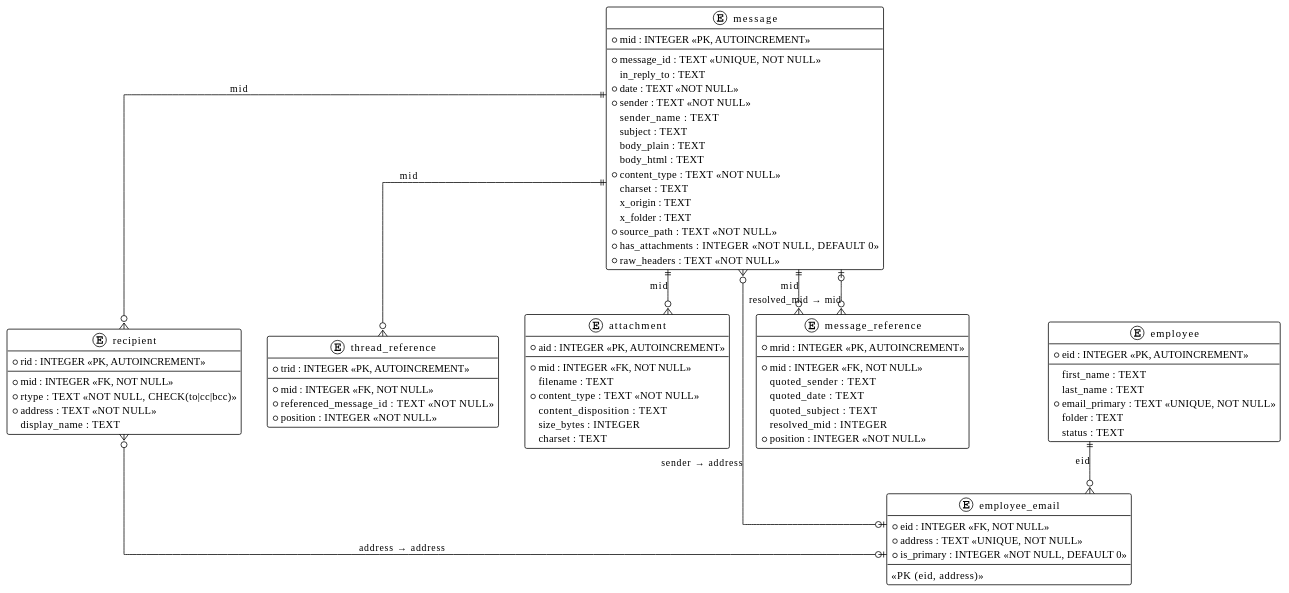
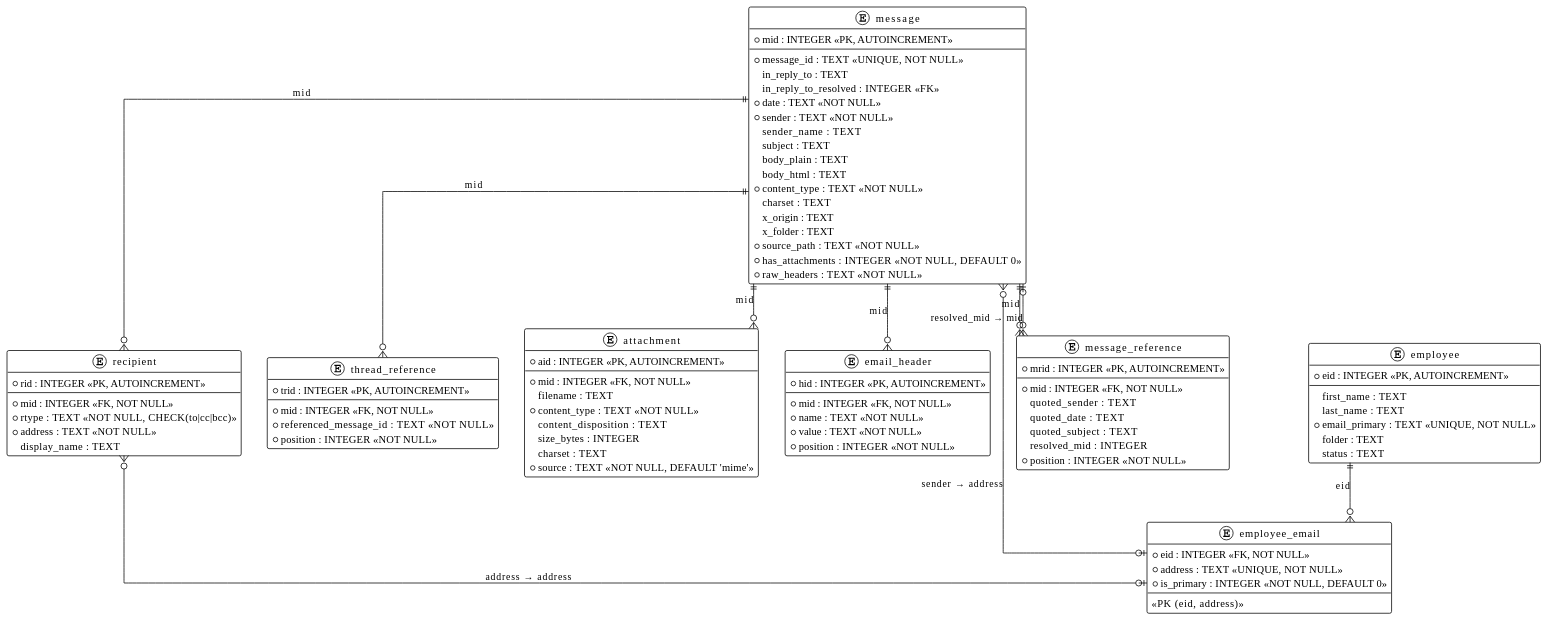
One commit to blipk/emails-fts changed the diagram in planning/3-data-import-schema.md. Above: the diagram before and after it, drawn with PlantUML. The commit also changed other lines of this file and 1 other file, not shown here.

Commit message:
Update planning docs and schemas for attachment metadata and header extraction from email files

```diff
--- a/planning/3-data-import-schema.md
+++ b/planning/3-data-import-schema.md
@@ -12,6 +12,7 @@
     --
     *message_id : TEXT <<UNIQUE, NOT NULL>>
     in_reply_to : TEXT
+    in_reply_to_resolved : INTEGER <<FK>>
     *date : TEXT <<NOT NULL>>
     *sender : TEXT <<NOT NULL>>
     sender_name : TEXT
@@ -53,6 +54,16 @@
     content_disposition : TEXT
     size_bytes : INTEGER
     charset : TEXT
+    *source : TEXT <<NOT NULL, DEFAULT 'mime'>>
+}
+
+entity "email_header" as hdr {
+    *hid : INTEGER <<PK, AUTOINCREMENT>>
+    --
+    *mid : INTEGER <<FK, NOT NULL>>
+    *name : TEXT <<NOT NULL>>
+    *value : TEXT <<NOT NULL>>
+    *position : INTEGER <<NOT NULL>>
 }
 
 entity "message_reference" as mref {
@@ -87,6 +98,7 @@
 msg ||--o{ rcp : "mid"
 msg ||--o{ thr : "mid"
 msg ||--o{ att : "mid"
+msg ||--o{ hdr : "mid"
 msg ||--o{ mref : "mid"
 mref }o--o| msg : "resolved_mid → mid"
 emp ||--o{ eem : "eid"
```
